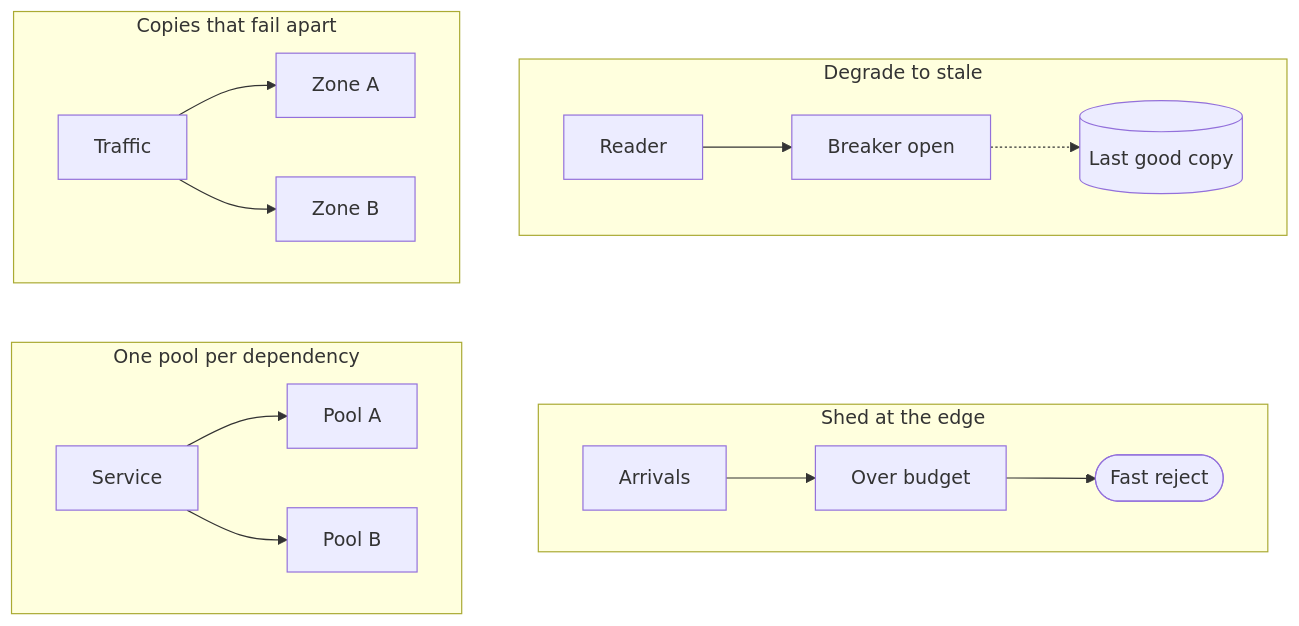
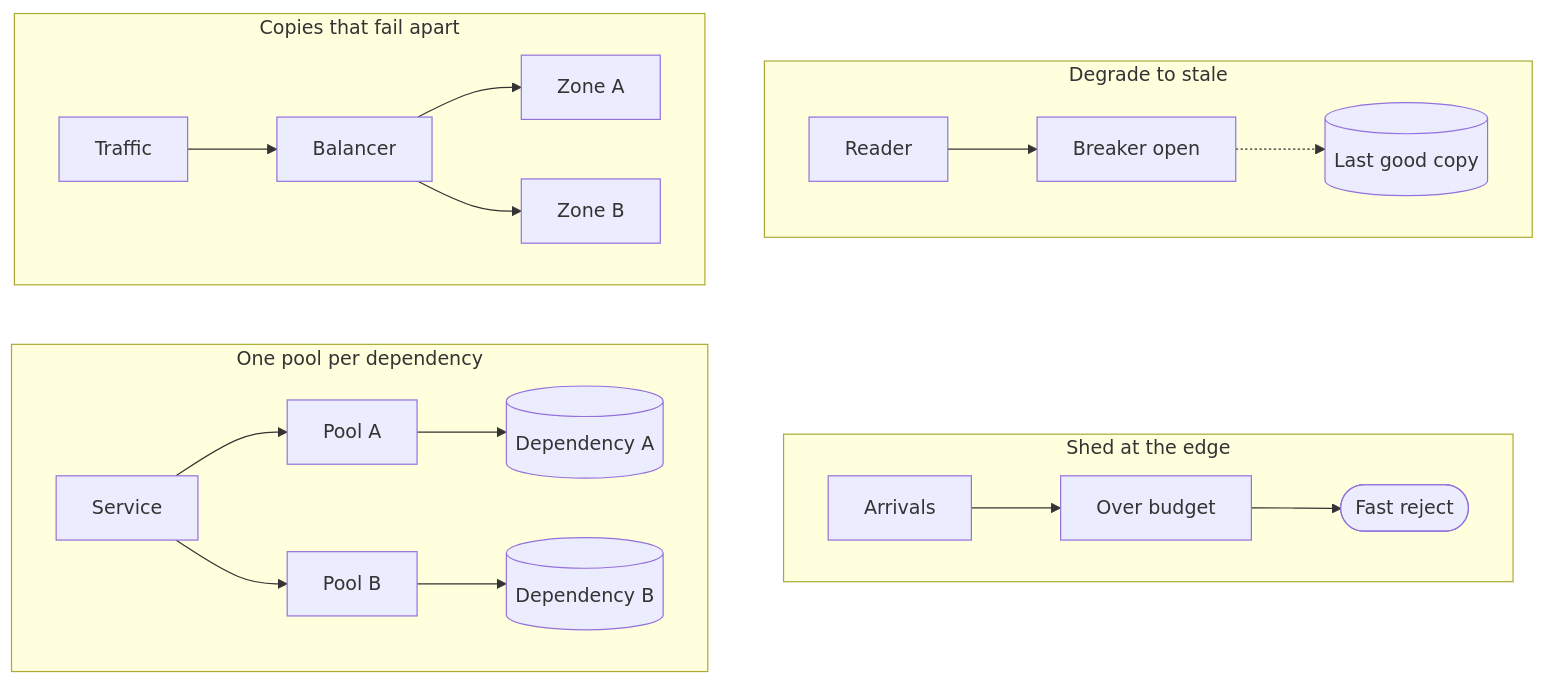
Diagram 12 of 19 in examples/system-design-foundations.md (Laticent/lattice), drawn with Mermaid before and after one commit. The commit also changed other lines of this file and 1 other file, not shown here.

````diff
--- a/examples/system-design-foundations.md
+++ b/examples/system-design-foundations.md
@@ -1543,23 +1543,23 @@
 ```mermaid
 flowchart TB
   subgraph b["Degrade to stale"]
     direction LR
     B1["Reader"] --> B2["Breaker open"] -.-> B3[("Last good copy")]
   end
   subgraph a["Copies that fail apart"]
     direction LR
-    A1["Traffic"] --> A2["Zone A"]
-    A1 --> A3["Zone B"]
+    A1["Traffic"] --> A2["Balancer"] --> A3["Zone A"]
+    A2 --> A4["Zone B"]
   end
   subgraph d["Shed at the edge"]
     direction LR
     D1["Arrivals"] --> D2["Over budget"] --> D3(["Fast reject"])
   end
   subgraph c["One pool per dependency"]
     direction LR
-    C1["Service"] --> C2["Pool A"]
-    C1 --> C3["Pool B"]
+    C1["Service"] --> C2["Pool A"] --> C3[("Dependency A")]
+    C1 --> C4["Pool B"] --> C5[("Dependency B")]
   end
   a ~~~ c
   b ~~~ d
 ```
````
